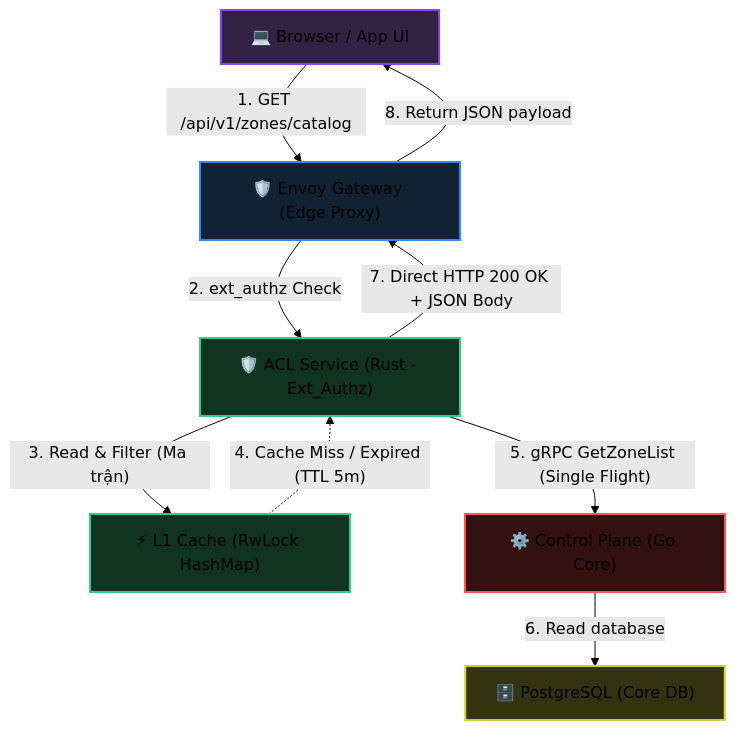
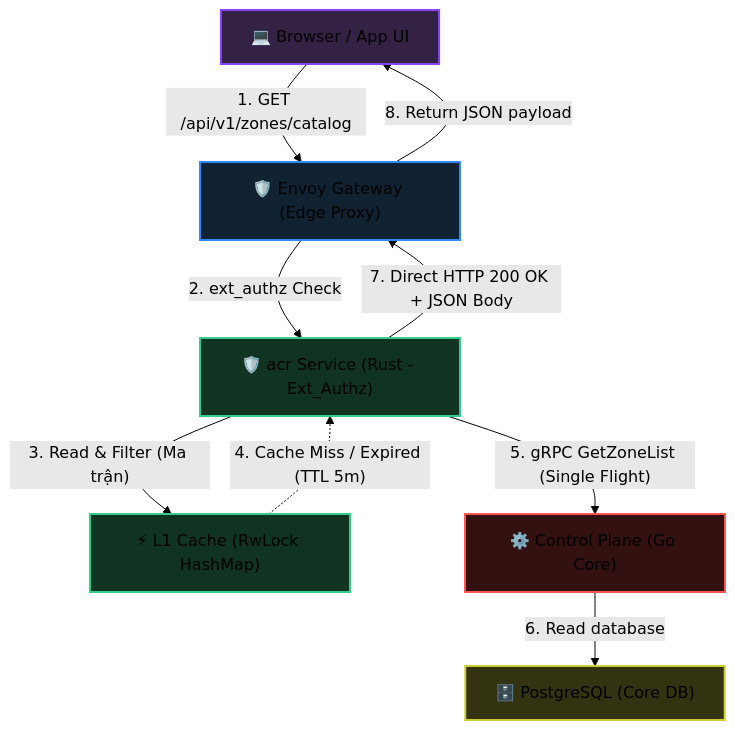
Before and after one commit to phucle996/aurora: the first of 3 diagrams in god_view/iam/zone_catalog_matrix_god_view_workflow.md, drawn with Mermaid (forest theme). The commit also changed other lines of this file and 72 other files, not shown here.

````diff
--- a/god_view/iam/zone_catalog_matrix_god_view_workflow.md
+++ b/god_view/iam/zone_catalog_matrix_god_view_workflow.md
@@ -48,26 +48,26 @@
 ```mermaid
 graph TD
     classDef client fill:#332244,stroke:#8844ff,stroke-width:2px;
     classDef gateway fill:#112233,stroke:#3388ff,stroke-width:2px;
     classDef edgeService fill:#113322,stroke:#33cc88,stroke-width:2px;
     classDef storage fill:#333311,stroke:#cccc33,stroke-width:2px;
     classDef control fill:#331111,stroke:#ff5555,stroke-width:2px;
 
     UI["💻 Browser / App UI"]:::client
     Envoy["🛡️ Envoy Gateway (Edge Proxy)"]:::gateway
-    ACL["🛡️ ACL Service (Rust - Ext_Authz)"]:::edgeService
+    acr["🛡️ acr Service (Rust - Ext_Authz)"]:::edgeService
     L1Cache["⚡ L1 Cache (RwLock HashMap)"]:::edgeService
     CP["⚙️ Control Plane (Go Core)"]:::control
     DB["🗄️ PostgreSQL (Core DB)"]:::storage
 
     UI -- "1. GET /api/v1/zones/catalog" --> Envoy
-    Envoy -- "2. ext_authz Check" --> ACL
-    ACL -- "3. Read & Filter (Ma trận)" --> L1Cache
+    Envoy -- "2. ext_authz Check" --> acr
+    acr -- "3. Read & Filter (Ma trận)" --> L1Cache
     
-    L1Cache -. "4. Cache Miss / Expired (TTL 5m)" .-> ACL
-    ACL -- "5. gRPC GetZoneList (Single Flight)" --> CP
+    L1Cache -. "4. Cache Miss / Expired (TTL 5m)" .-> acr
+    acr -- "5. gRPC GetZoneList (Single Flight)" --> CP
     CP -- "6. Read database" --> DB
     
-    ACL -- "7. Direct HTTP 200 OK + JSON Body" --> Envoy
+    acr -- "7. Direct HTTP 200 OK + JSON Body" --> Envoy
     Envoy -- "8. Return JSON payload" --> UI
 ```
````
